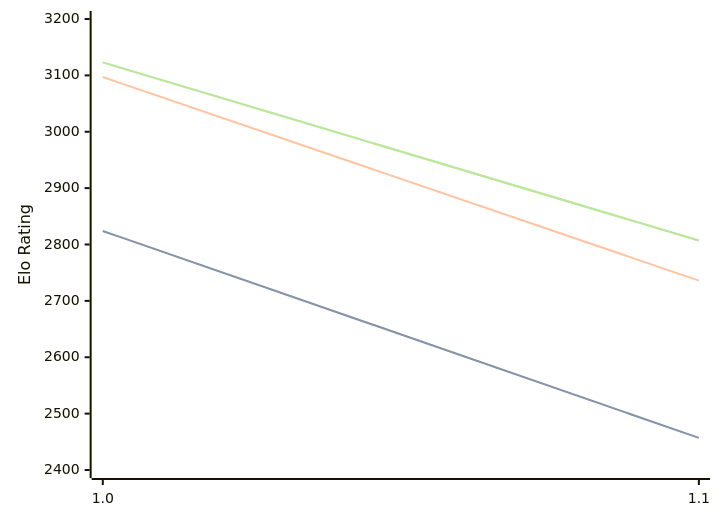
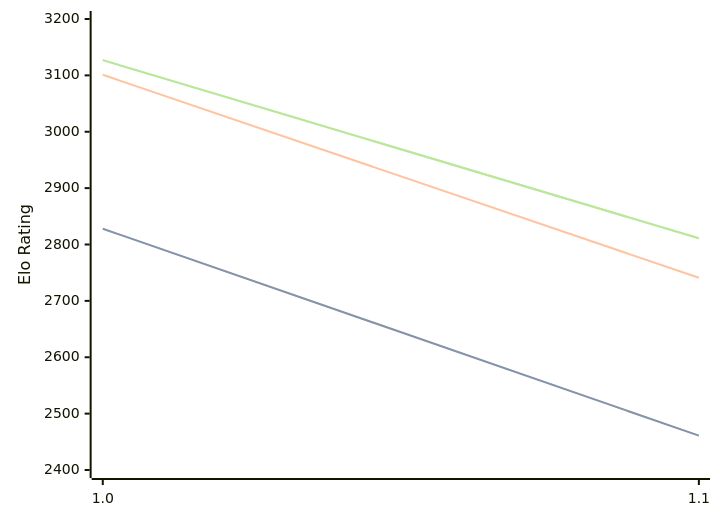
The diagram in engines/Publius.md (computer-chess-index/cci), drawn with Mermaid before and after one commit. The commit also changed other lines of this file, not shown here.

Commit message:
Update CCI Ratings (ELO VLTC) - 2026-08-18

````diff
--- a/engines/Publius.md
+++ b/engines/Publius.md
@@ -32,11 +32,11 @@
 ```mermaid
 %%{init: {"theme":"base","themeVariables":{"seriesColors:['#a3a3a3','#222221','#faa371']}}}%%
 xychart-beta
   x-axis ["1.0", "1.1"]
   y-axis "Elo Rating" 2400 --> 3200
-  line "STC (8.0+0.08s)" [2824, 2457]
-  line "STC (8.0+0.08s)" [2824, 2457]
-  line "LTC (60.0+0.60s)" [3097, 2736]
-  line "VLTC (2m24s+1.12s)" [3123, 2807]
-  line "VLTC (2m24s+1.12s)" [3123, 2807]
+  line "STC (8.0+0.08s)" [2828, 2461]
+  line "STC (8.0+0.08s)" [2828, 2461]
+  line "LTC (60.0+0.60s)" [3101, 2741]
+  line "VLTC (2m24s+1.12s)" [3127, 2811]
+  line "VLTC (2m24s+1.12s)" [3127, 2811]
 ```
````
